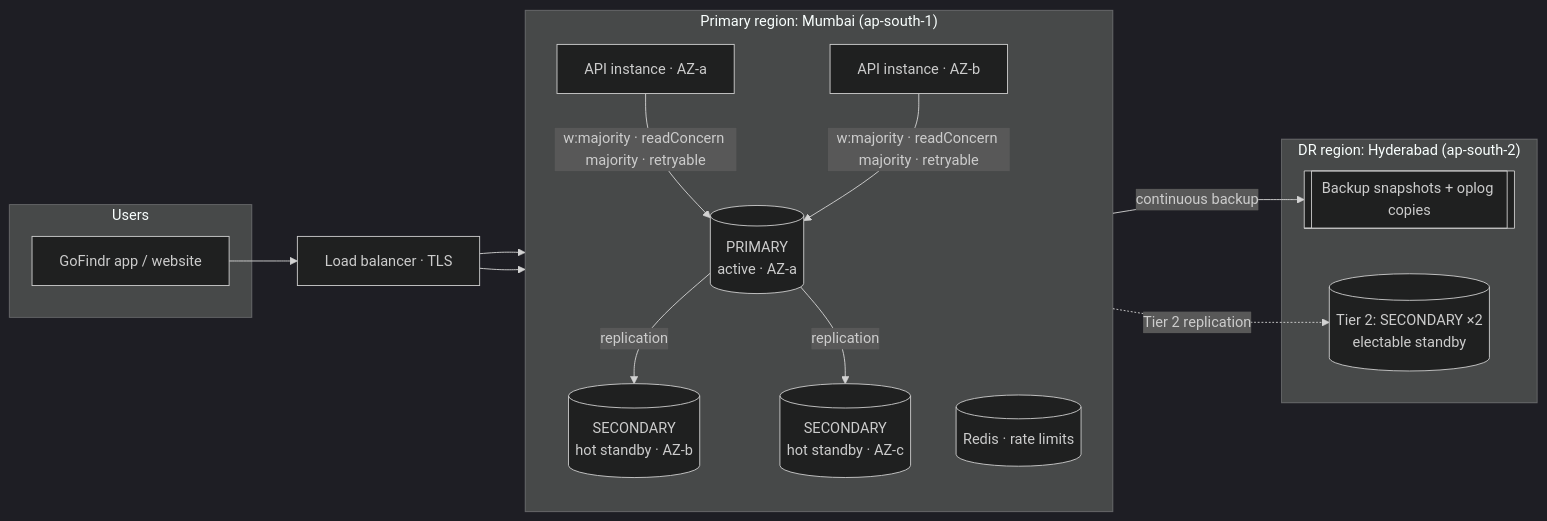
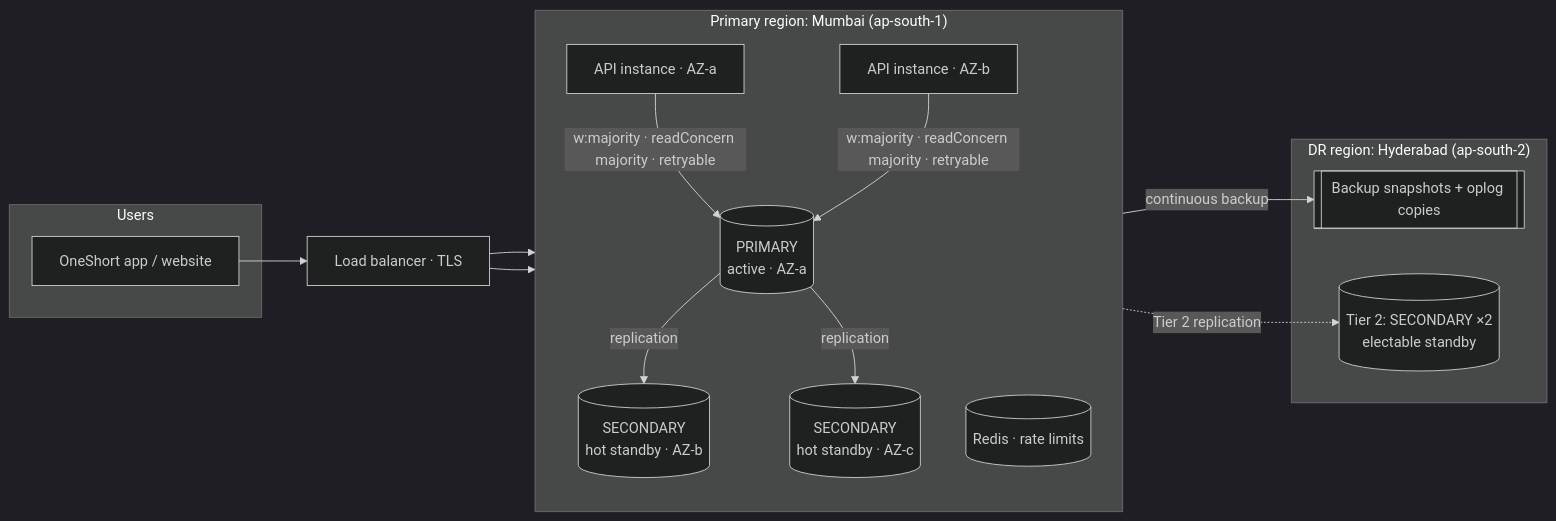
One commit to Cricketmarvels/oneshort changed the diagram in docs/design/DATABASE_RELIABILITY.md. Above: the diagram before and after it, drawn with Mermaid (dark theme). The commit also changed 162 other files, not shown here.

First line of the commit message:
Rebrand GoFindr to OneShort with the eleventh-dot identity

````diff
--- a/docs/design/DATABASE_RELIABILITY.md
+++ b/docs/design/DATABASE_RELIABILITY.md
@@ -17,25 +17,25 @@
 ```mermaid
 flowchart LR
   subgraph Users
-    A[GoFindr app / website]
+    A[OneShort app / website]
   end
   A --> LB[Load balancer · TLS]
   subgraph Mumbai["Primary region: Mumbai (ap-south-1)"]
     direction TB
     API1[API instance · AZ-a] 
     API2[API instance · AZ-b]
     P[(PRIMARY<br/>active · AZ-a)]
     S1[(SECONDARY<br/>hot standby · AZ-b)]
     S2[(SECONDARY<br/>hot standby · AZ-c)]
     R[(Redis · rate limits)]
   end
   subgraph Hyderabad["DR region: Hyderabad (ap-south-2)"]
     BK[[Backup snapshots + oplog copies]]
     S3[(Tier 2: SECONDARY ×2<br/>electable standby)]
   end
   LB --> API1 & API2
   API1 & API2 -->|"w:majority · readConcern majority · retryable"| P
   P -- replication --> S1 & S2
   P -. Tier 2 replication .-> S3
   P -- continuous backup --> BK
 ```
````
